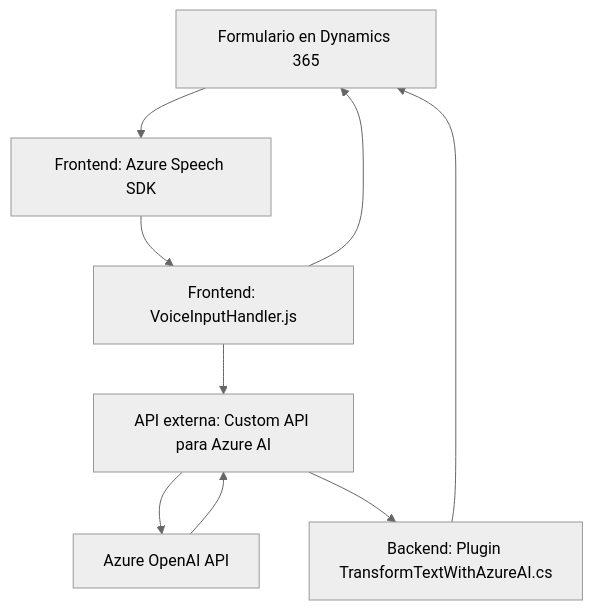
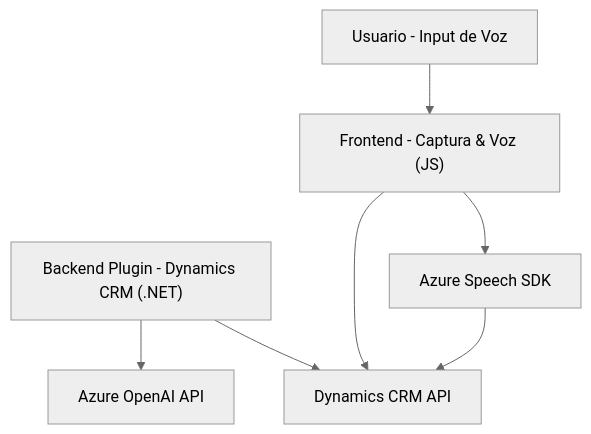
One commit to blopezdm/NETCORE_BILBAO2025 changed the diagram in README.md. Above: the diagram before and after it, drawn with Mermaid (neutral theme). The commit also changed other lines of this file, not shown here.

````diff
--- a/README.md
+++ b/README.md
@@ -29,18 +43,16 @@
 ```mermaid
 graph TD
-    A["Formulario en Dynamics 365"]
-    B["Frontend: Azure Speech SDK"]
-    C["Frontend: VoiceInputHandler.js"]
-    D["API externa: Custom API para Azure AI"]
-    E["Backend: Plugin TransformTextWithAzureAI.cs"]
-    F["Azure OpenAI API"]
+    Frontend["Frontend - Captura & Voz (JS)"]
+    BackendPlugin["Backend Plugin - Dynamics CRM (.NET)"]
+    AzureSpeech["Azure Speech SDK"]
+    AzureOpenAI["Azure OpenAI API"]
+    DynamicsAPI["Dynamics CRM API"]
+    UserInterface["Usuario - Input de Voz"]
 
-    A --> B
-    B --> C
-    C --> D
-    D --> F
-    C --> A
-    F --> D
-    D --> E
-    E --> A
+    UserInterface --> Frontend
+    Frontend --> AzureSpeech
+    Frontend --> DynamicsAPI
+    BackendPlugin --> DynamicsAPI
+    BackendPlugin --> AzureOpenAI
+    AzureSpeech --> DynamicsAPI
 ```
````
